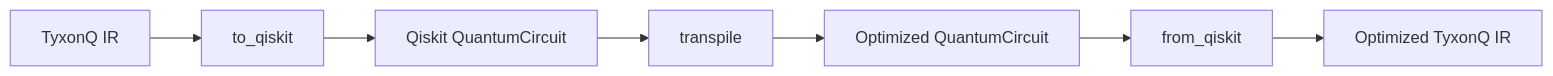
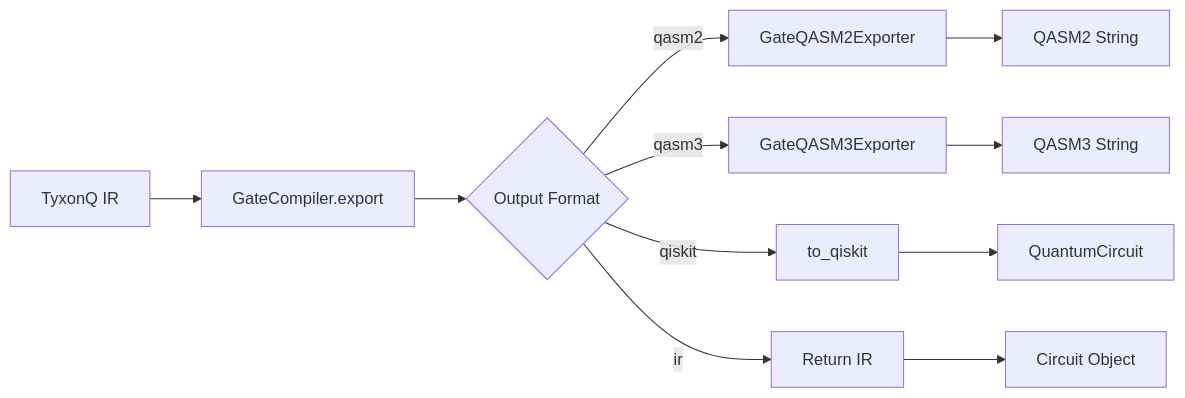
Before and after one commit to QureGenAI-Biotech/TyxonQ: the seventh of 14 diagrams in .qoder/repowiki/en/content/Core Framework Architecture/Compiler Pipeline/Compiler Pipeline.md, drawn with Mermaid. The commit also changed other lines of this file and 516 other files, not shown here.

````diff
--- a/.qoder/repowiki/en/content/Core Framework Architecture/Compiler Pipeline/Compiler Pipeline.md
+++ b/.qoder/repowiki/en/content/Core Framework Architecture/Compiler Pipeline/Compiler Pipeline.md
@@ -349,9 +266,13 @@
 ```mermaid
 flowchart LR
-A[TyxonQ IR] --> B[to_qiskit]
-B --> C[Qiskit QuantumCircuit]
-C --> D[transpile]
-D --> E[Optimized QuantumCircuit]
-E --> F[from_qiskit]
-F --> G[Optimized TyxonQ IR]
+A[TyxonQ IR] --> B[GateCompiler.export]
+B --> C{Output Format}
+C --> |qasm2| D[GateQASM2Exporter]
+C --> |qasm3| E[GateQASM3Exporter]
+C --> |qiskit| F[to_qiskit]
+C --> |ir| G[Return IR]
+D --> H[QASM2 String]
+E --> I[QASM3 String]
+F --> J[QuantumCircuit]
+G --> K[Circuit Object]
 ```
````
